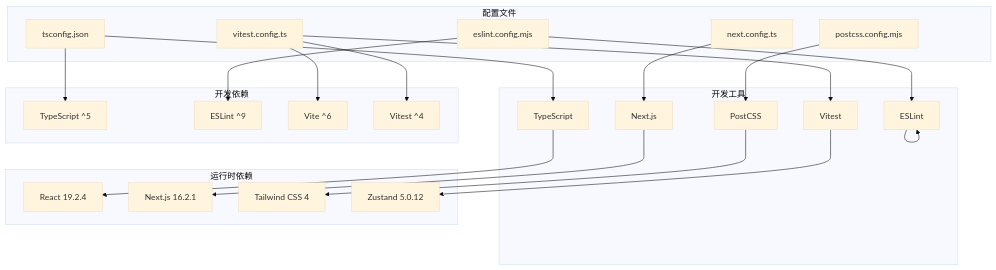
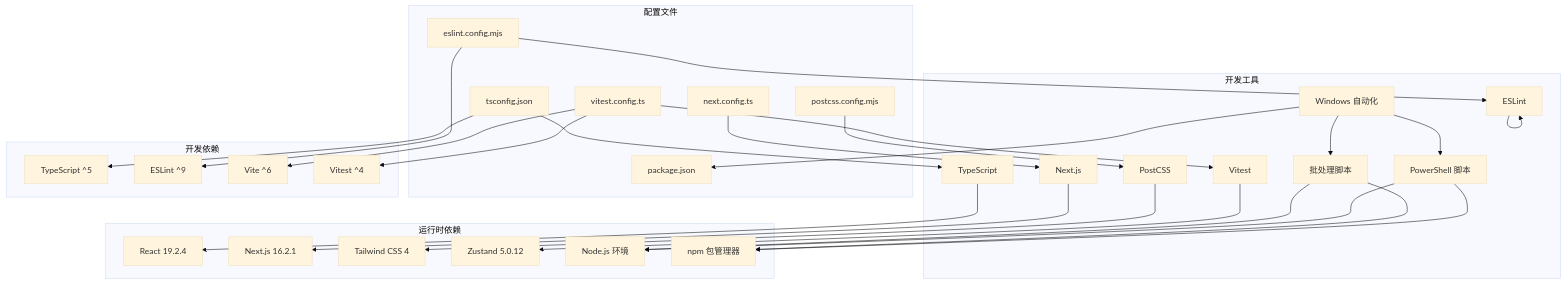
The ninth of 9 diagrams in .qoder/repowiki/zh/content/开发工具配置.md (billye220670/BananaFlow2), drawn with Mermaid (base theme) before and after one commit. The commit also changed other lines of this file and 29 other files, not shown here.

````diff
--- a/.qoder/repowiki/zh/content/开发工具配置.md
+++ b/.qoder/repowiki/zh/content/开发工具配置.md
@@ -387,43 +560,56 @@
 ```mermaid
 graph TD
 subgraph "开发工具"
 TS[TypeScript]
 ESL[ESLint]
 NEXT[Next.js]
 PCSS[PostCSS]
 VIT[Vitest]
+PS[PowerShell 脚本]
+BAT[批处理脚本]
+END[Windows 自动化]
 end
 subgraph "配置文件"
 TSCONFIG[tsconfig.json]
 ESLINT[eslint.config.mjs]
 NEXTCONF[next.config.ts]
 POSTCSS[postcss.config.mjs]
 VITCONF[vitest.config.ts]
+PKG[package.json]
 end
 subgraph "运行时依赖"
 REACT[React 19.2.4]
 NEXTDEP[Next.js 16.2.1]
 TAILWIND[Tailwind CSS 4]
 ZUSTAND[Zustand 5.0.12]
+NODE[Node.js 环境]
+NPM[npm 包管理器]
 end
 TSCONFIG --> TS
 ESLINT --> ESL
 NEXTCONF --> NEXT
 POSTCSS --> PCSS
 VITCONF --> VIT
+PS --> NODE
+PS --> NPM
+BAT --> NODE
+BAT --> NPM
 TS --> REACT
 ESL --> ESL
 NEXT --> NEXTDEP
 PCSS --> TAILWIND
 VIT --> ZUSTAND
 subgraph "开发依赖"
 TYPESCRIPT[TypeScript ^5]
 ESLINTDEV[ESLint ^9]
 VITE[Vite ^6]
 VITESTDEV[Vitest ^4]
+END --> PS
+END --> BAT
+END --> PKG
 end
 TSCONFIG --> TYPESCRIPT
 ESLINT --> ESLINTDEV
 VITCONF --> VITE
 VITCONF --> VITESTDEV
 ```
````
